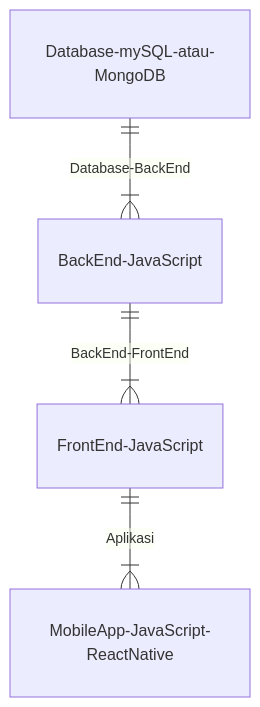
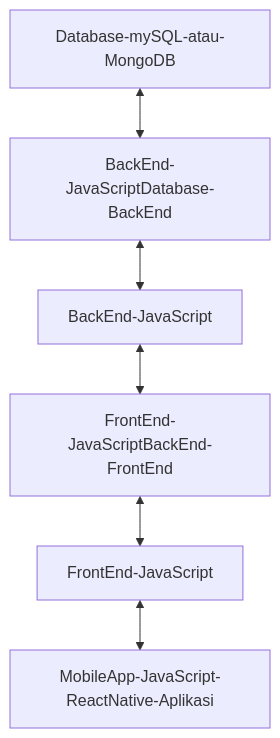
Before and after one commit to VevaR02/PengenalanInformatika: the second of 2 diagrams in SEVSPO APP.md, drawn with Mermaid. The commit also changed other lines of this file, not shown here.

Commit message:
Update SEVSPO APP.md

````diff
--- a/SEVSPO APP.md
+++ b/SEVSPO APP.md
@@ -62,6 +98,4 @@
 ```mermaid
-erDiagram
-    Database-mySQL-atau-MongoDB ||--|{ BackEnd-JavaScript : Database-BackEnd
-    BackEnd-JavaScript ||--|{ FrontEnd-JavaScript : BackEnd-FrontEnd
-    FrontEnd-JavaScript ||--|{ MobileApp-JavaScript-ReactNative : Aplikasi
+graph TD;
+Database-mySQL-atau-MongoDB <--> BackEnd-JavaScriptDatabase-BackEnd <--> BackEnd-JavaScript <-->  FrontEnd-JavaScriptBackEnd-FrontEnd <-->  FrontEnd-JavaScript <-->  MobileApp-JavaScript-ReactNative-Aplikasi
 ```
````
